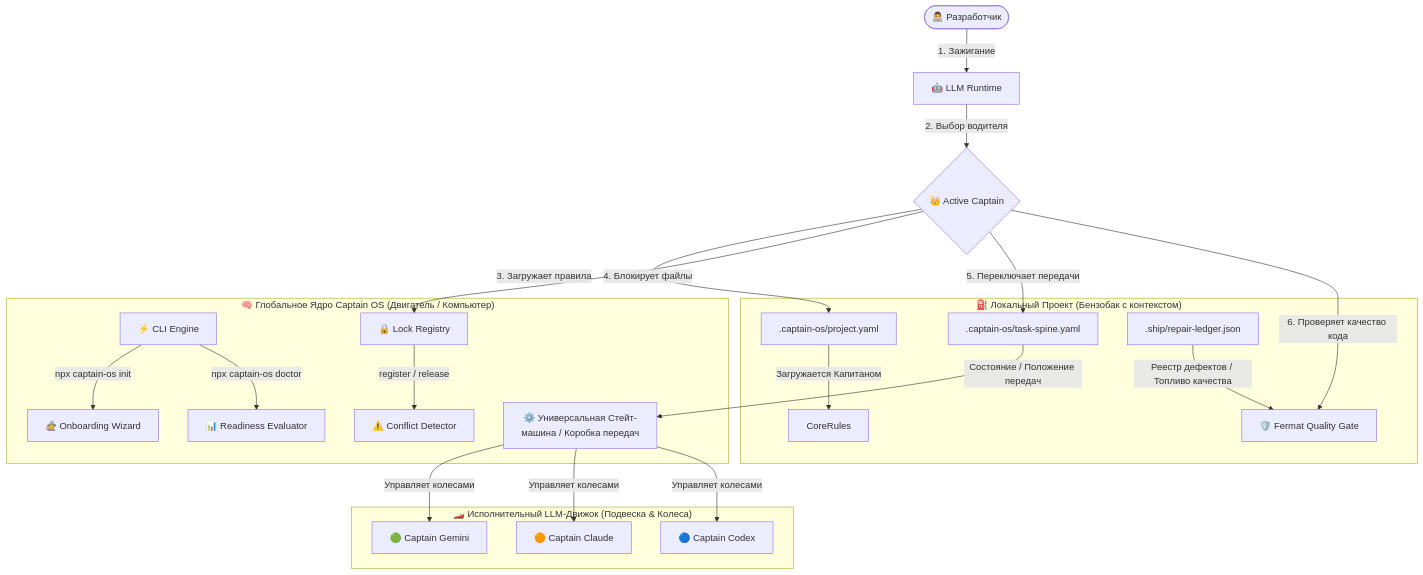
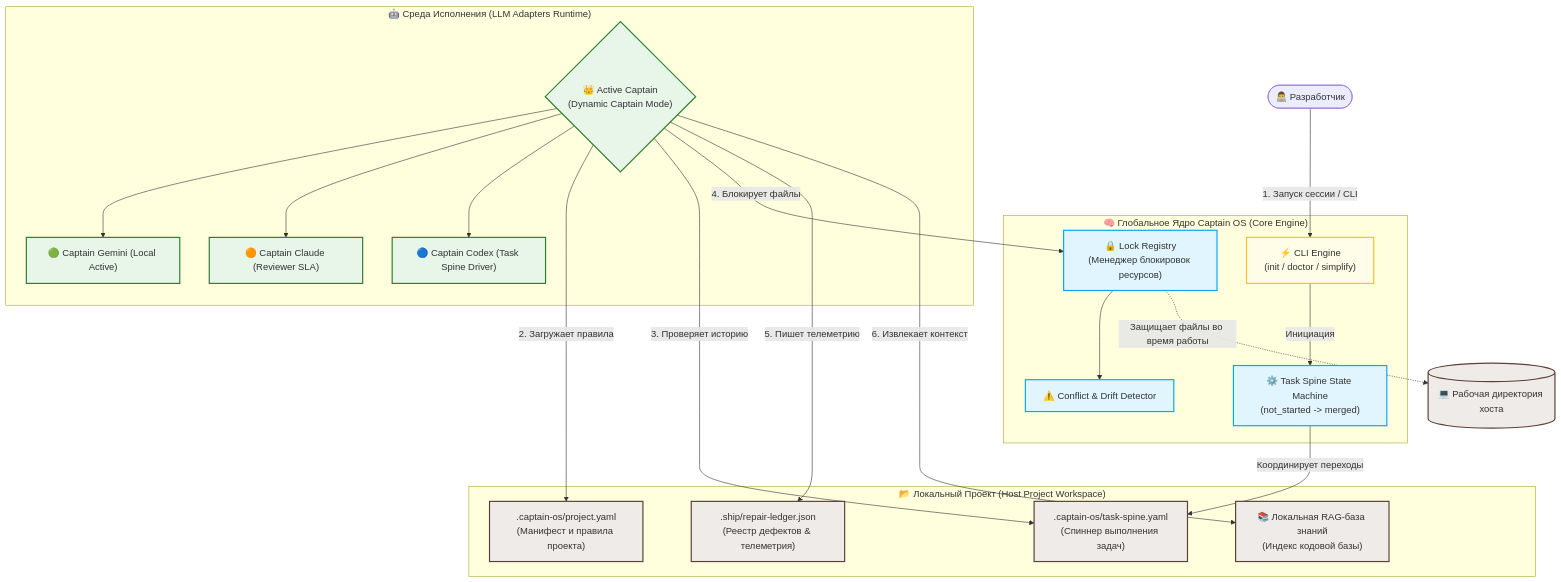
One commit to anton-remide/captain-os changed the second of 6 diagrams in README.md. Above: the diagram before and after it, drawn with Mermaid. The commit also changed other lines of this file, not shown here.

Commit message:
docs: restructure README to focus on core technical architecture, closed-loop pipeline, and detailed quality gates workflow

````diff
--- a/README.md
+++ b/README.md
@@ -89,33 +99,44 @@
 ```mermaid
 graph TD
-    User([👨‍💻 Разработчик]) -->|1. Зажигание| Session[🤖 LLM Runtime]
-    Session -->|2. Выбор водителя| Captain{👑 Active Captain}
+    classDef engine fill:#e1f5fe,stroke:#03a9f4,stroke-width:2px;
+    classDef local fill:#efebe9,stroke:#5d4037,stroke-width:2px;
+    classDef lRuntime fill:#e8f5e9,stroke:#2e7d32,stroke-width:2px;
+    classDef dev fill:#fffde7,stroke:#fbc02d,stroke-width:2px;
+
+    User([👨‍💻 Разработчик]) -->|"1. Запуск сессии / CLI"| CLI["⚡ CLI Engine<br>(init / doctor / simplify)"]:::dev
     
-    subgraph CoreBlock["🧠 Глобальное Ядро Captain OS (Двигатель / Компьютер)"]
-        CLI[⚡ CLI Engine] -->|npx captain-os init| Wizard[🧙 Onboarding Wizard]
-        CLI -->|npx captain-os doctor| Evaluator[📊 Readiness Evaluator]
-        Locks[🔒 Lock Registry] -->|register / release| ConflictDetector[⚠️ Conflict Detector]
-        StateMachine[⚙️ Универсальная Стейт-машина / Коробка передач]
+    subgraph CoreBlock["🧠 Глобальное Ядро Captain OS (Core Engine)"]
+        CLI -->|Инициация| StateMachine["⚙️ Task Spine State Machine<br>(not_started -> merged)"]:::engine
+        Locks["🔒 Lock Registry<br>(Менеджер блокировок ресурсов)"]:::engine
+        ConflictDetector["⚠️ Conflict & Drift Detector"]:::engine
+        Locks --> ConflictDetector
     end
 
-    subgraph ProjectBlock["⛽ Локальный Проект (Бензобак с контекстом)"]
-        Manifest[.captain-os/project.yaml] -->|Загружается Капитаном| CoreRules
-        Spine[.captain-os/task-spine.yaml] -->|Состояние / Положение передач| StateMachine
-        Ledger[.ship/repair-ledger.json] -->|Реестр дефектов / Топливо качества| Fermat[🛡️ Fermat Quality Gate]
+    subgraph ProjectBlock["📂 Локальный Проект (Host Project Workspace)"]
+        Manifest[".captain-os/project.yaml<br>(Манифест и правила проекта)"]:::local
+        Spine[".captain-os/task-spine.yaml<br>(Спиннер выполнения задач)"]:::local
+        Ledger[".ship/repair-ledger.json<br>(Реестр дефектов & телеметрия)"]:::local
+        RAG["📚 Локальная RAG-база знаний<br>(Индекс кодовой базы)"]:::local
     end
 
-    subgraph EngineDrive["🏎️ Исполнительный LLM-Движок (Подвеска & Колеса)"]
-        Gemini[🟢 Captain Gemini]
-        Claude[🟠 Captain Claude]
-        Codex[🔵 Captain Codex]
+    subgraph LLMRuntime["🤖 Среда Исполнения (LLM Adapters Runtime)"]
+        Captain{"👑 Active Captain<br>(Dynamic Captain Mode)"}:::lRuntime
+        Gemini["🟢 Captain Gemini (Local Active)"]:::lRuntime
+        Claude["🟠 Captain Claude (Reviewer SLA)"]:::lRuntime
+        Codex["🔵 Captain Codex (Task Spine Driver)"]:::lRuntime
+        
+        Captain --> Gemini
+        Captain --> Claude
+        Captain --> Codex
     end
 
-    Captain -->|3. Загружает правила| Manifest
-    Captain -->|4. Блокирует файлы| Locks
-    Captain -->|5. Переключает передачи| Spine
-    Captain -->|6. Проверяет качество кода| Fermat
+    %% Связи
+    Captain -->|"2. Загружает правила"| Manifest
+    Captain -->|"3. Проверяет историю"| Spine
+    Captain -->|"4. Блокирует файлы"| Locks
+    Captain -->|"5. Пишет телеметрию"| Ledger
+    Captain -->|"6. Извлекает контекст"| RAG
     
-    StateMachine -->|Управляет колесами| Gemini
-    StateMachine -->|Управляет колесами| Claude
-    StateMachine -->|Управляет колесами| Codex
+    StateMachine -->|"Координирует переходы"| Spine
+    Locks -.->|"Защищает файлы во время работы"| WorkDir[("💻 Рабочая директория хоста")]:::local
 ```
````
